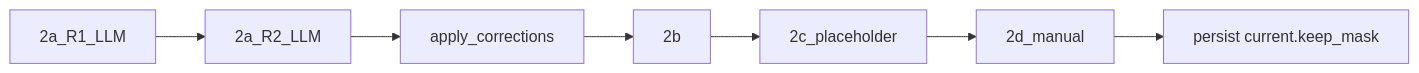
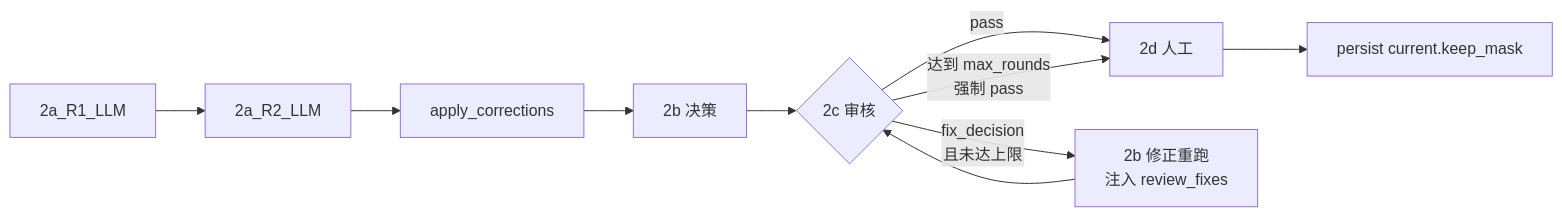
Before and after one commit to yy35959199/ascut: the diagram in doc/intelligence-layer2-mvp.md, drawn with Mermaid. The commit also changed other lines of this file and 38 other files, not shown here.

````diff
--- a/doc/intelligence-layer2-mvp.md
+++ b/doc/intelligence-layer2-mvp.md
@@ -227,9 +332,12 @@
 ```mermaid
 flowchart LR
   step2aR1[2a_R1_LLM] --> step2aR2[2a_R2_LLM]
   step2aR2 --> step2aApply[apply_corrections]
-  step2aApply --> step2b[2b]
-  step2b --> step2c[2c_placeholder]
-  step2c --> step2d[2d_manual]
+  step2aApply --> step2b[2b 决策]
+  step2b --> step2c{2c 审核}
+  step2c -->|pass| step2d[2d 人工]
+  step2c -->|fix_decision\n且未达上限| step2b_fix[2b 修正重跑\n注入 review_fixes]
+  step2b_fix --> step2c
+  step2c -->|达到 max_rounds\n强制 pass| step2d
   step2d --> stepKeep[persist current.keep_mask]
 ```
````
